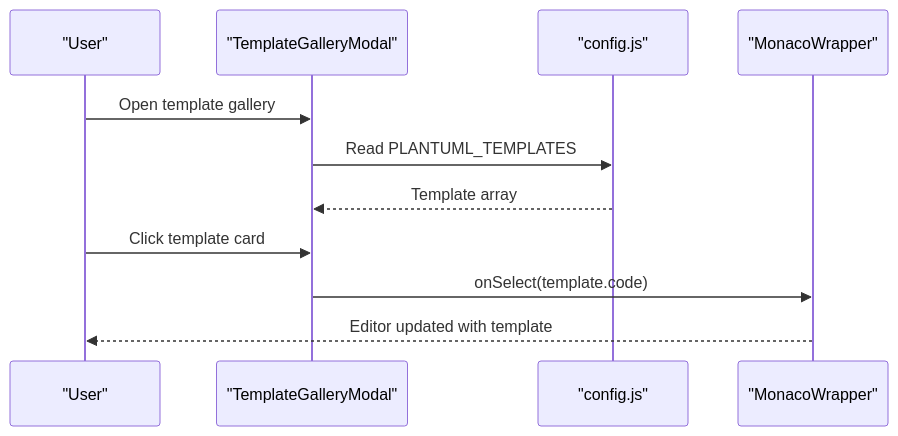
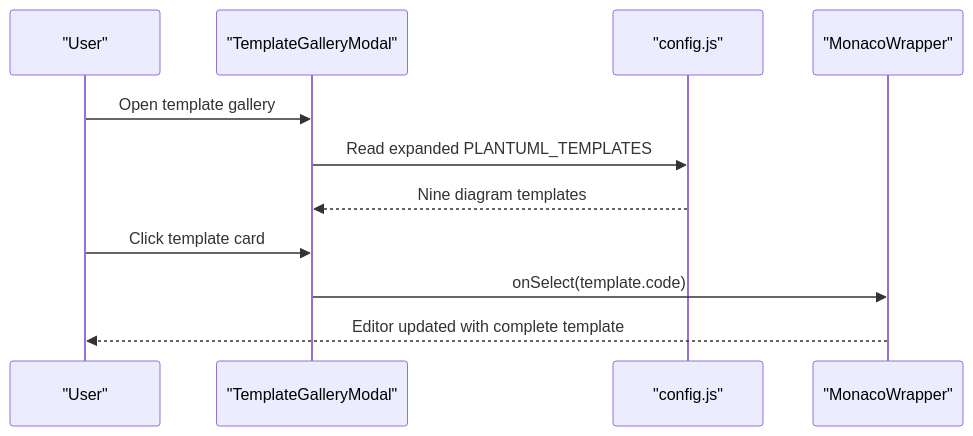
One commit to ongchonghian/universal-diagram-editor changed the third of 8 diagrams in .qoder/repowiki/en/content/Template System and Snippets.md. Above: the diagram before and after it, drawn with Mermaid. The commit also changed other lines of this file and 66 other files, not shown here.

First line of the commit message:
refactor: modernize codebase with Vite build system and modular React architecture

````diff
--- a/.qoder/repowiki/en/content/Template System and Snippets.md
+++ b/.qoder/repowiki/en/content/Template System and Snippets.md
@@ -171,13 +194,13 @@
 ```mermaid
 sequenceDiagram
 participant User as "User"
 participant PUC as "TemplateGalleryModal"
 participant CFG as "config.js"
 participant MW as "MonacoWrapper"
 User->>PUC : Open template gallery
-PUC->>CFG : Read PLANTUML_TEMPLATES
-CFG-->>PUC : Template array
+PUC->>CFG : Read expanded PLANTUML_TEMPLATES
+CFG-->>PUC : Nine diagram templates
 User->>PUC : Click template card
 PUC->>MW : onSelect(template.code)
-MW-->>User : Editor updated with template
+MW-->>User : Editor updated with complete template
 ```
````
